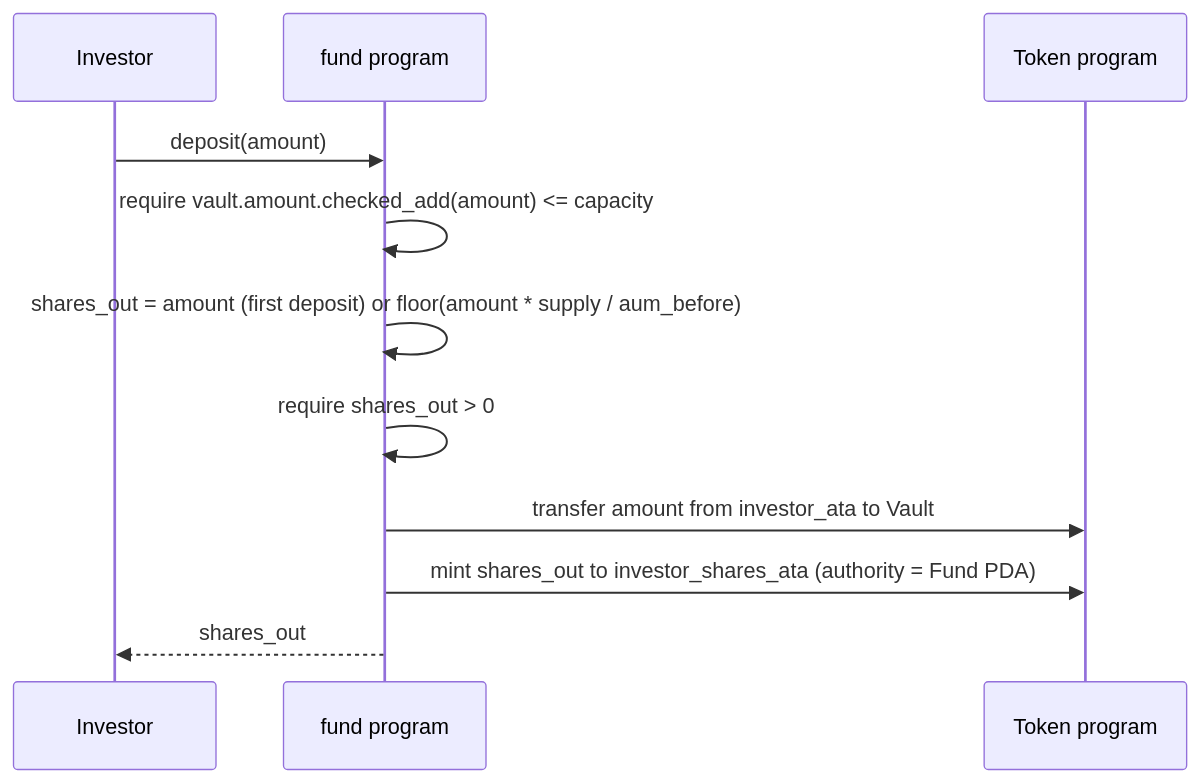
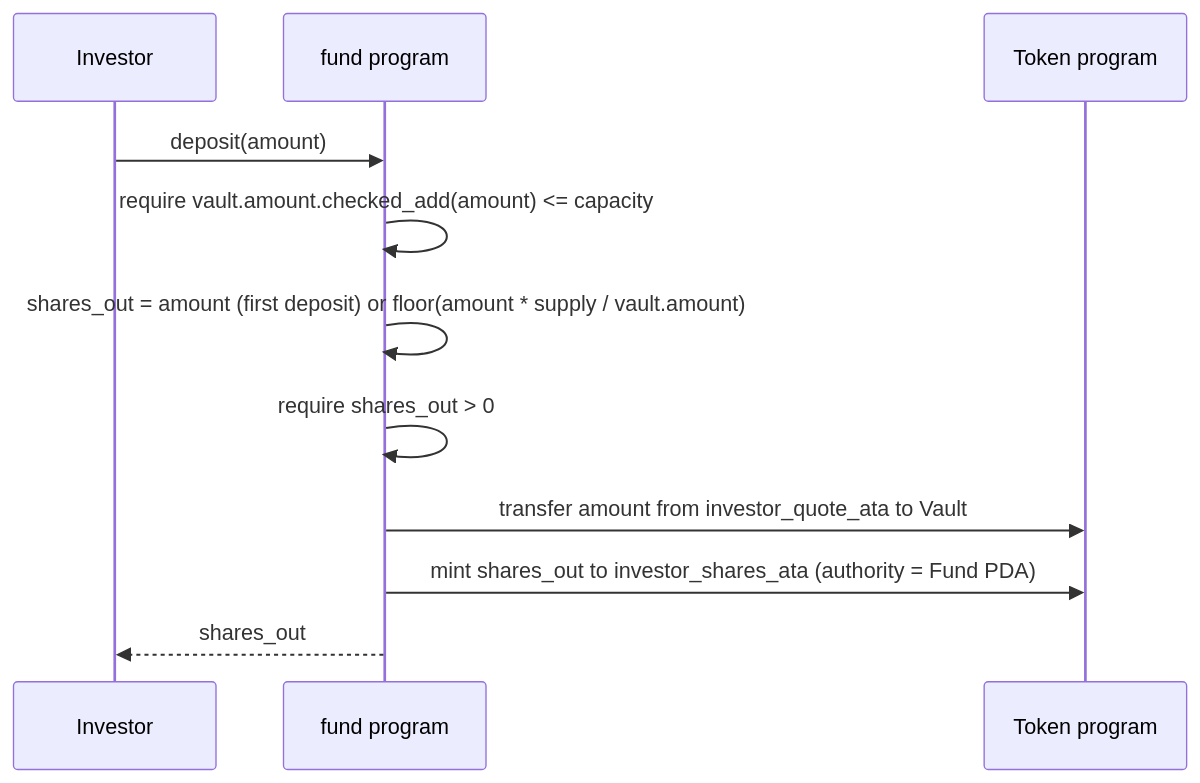
The second of 2 diagrams in programs/fund/SPEC.md (dataclique/fund), drawn with Mermaid before and after one commit. The commit also changed other lines of this file and 1 other file, not shown here.

First line of the commit message:
docs: address remaining deposit spec review feedback

````diff
--- a/programs/fund/SPEC.md
+++ b/programs/fund/SPEC.md
@@ -135,14 +137,14 @@
 ```mermaid
 sequenceDiagram
     participant Investor
     participant Program as fund program
     participant Token as Token program
 
     Investor->>Program: deposit(amount)
     Program->>Program: require vault.amount.checked_add(amount) <= capacity
-    Program->>Program: shares_out = amount (first deposit) or floor(amount * supply / aum_before)
+    Program->>Program: shares_out = amount (first deposit) or floor(amount * supply / vault.amount)
     Program->>Program: require shares_out > 0
-    Program->>Token: transfer amount from investor_ata to Vault
+    Program->>Token: transfer amount from investor_quote_ata to Vault
     Program->>Token: mint shares_out to investor_shares_ata (authority = Fund PDA)
     Program-->>Investor: shares_out
 ```
````
